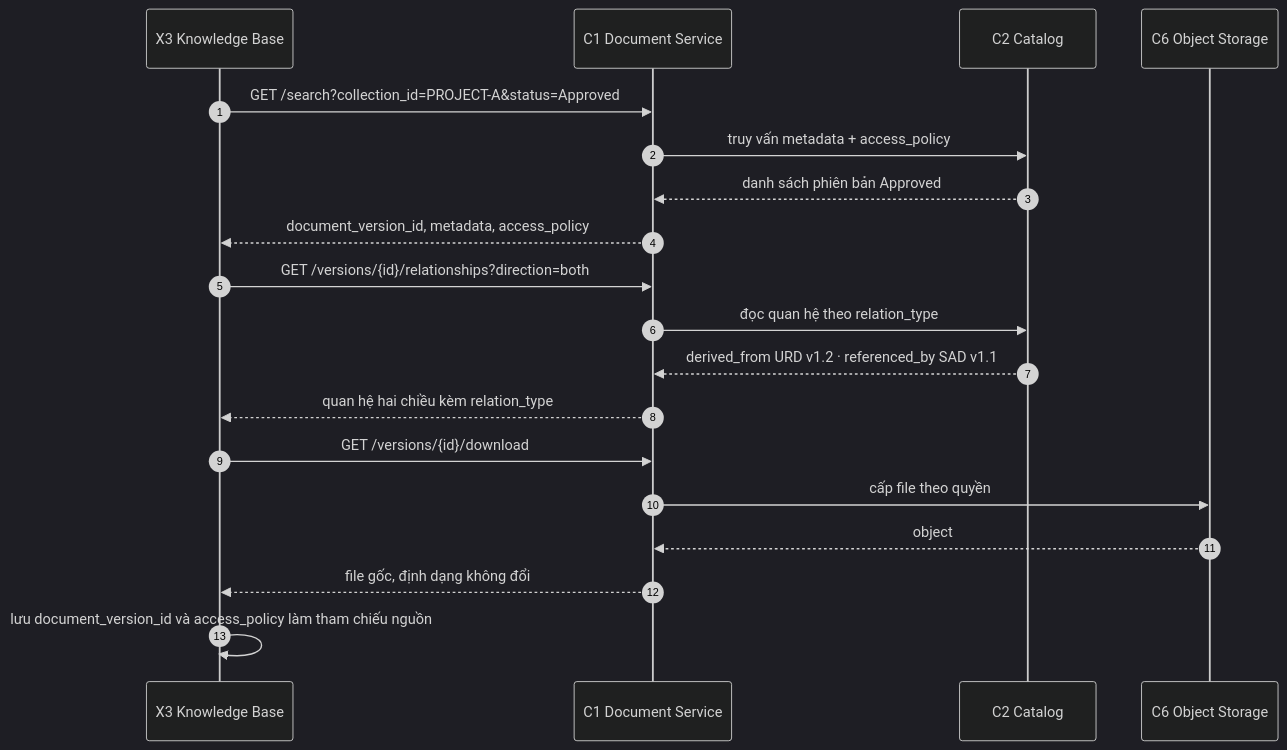
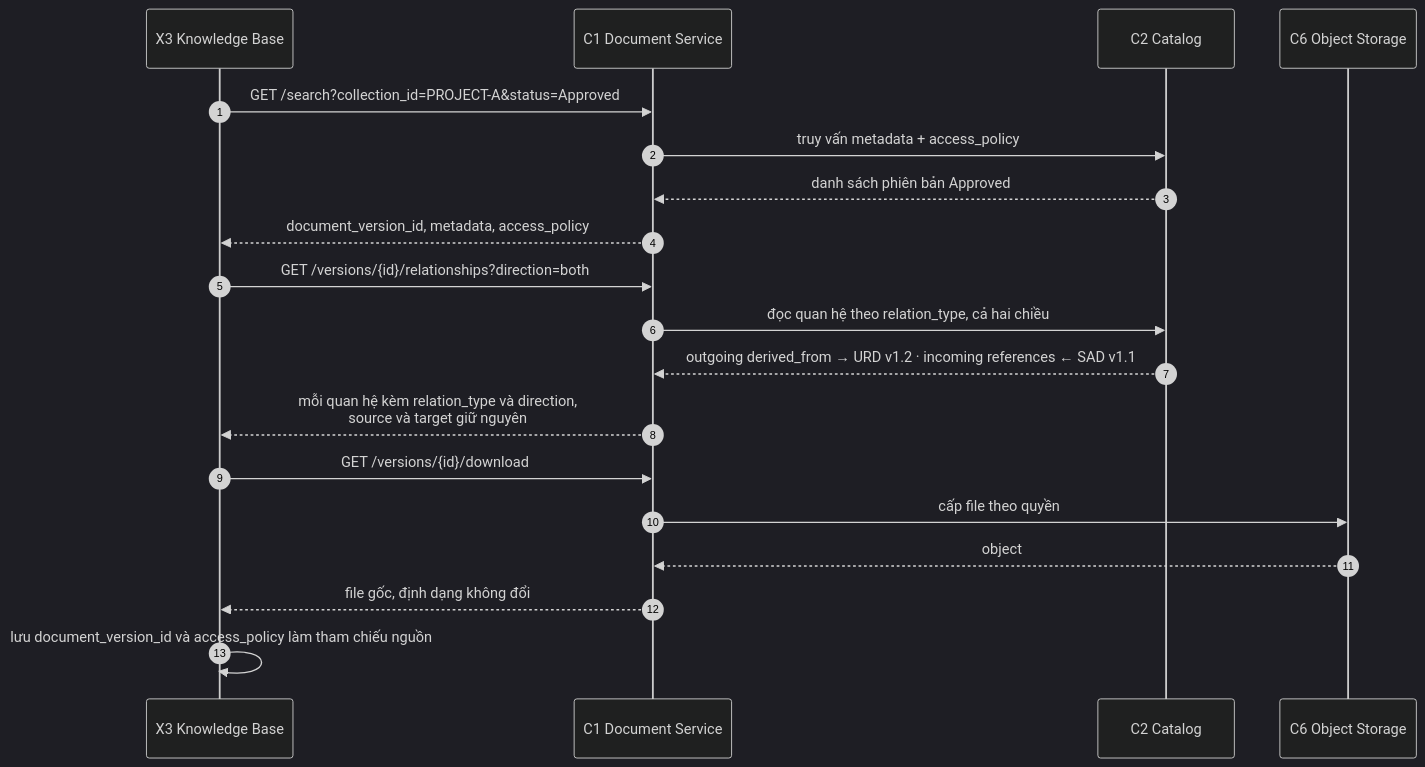
One commit to Phanlacan12/raw-storage changed the fourth of 8 diagrams in docs/c4-05-dynamic-views.md. Above: the diagram before and after it, drawn with Mermaid (dark theme). The commit also changed other lines of this file and 12 other files, not shown here.

````diff
--- a/docs/c4-05-dynamic-views.md
+++ b/docs/c4-05-dynamic-views.md
@@ -135,22 +149,22 @@
 ```mermaid
 sequenceDiagram
     autonumber
     participant KB as X3 Knowledge Base
     participant DS as C1 Document Service
     participant CAT as C2 Catalog
     participant S3 as C6 Object Storage
 
     KB->>DS: GET /search?collection_id=PROJECT-A&status=Approved
     DS->>CAT: truy vấn metadata + access_policy
     CAT-->>DS: danh sách phiên bản Approved
     DS-->>KB: document_version_id, metadata, access_policy
     KB->>DS: GET /versions/{id}/relationships?direction=both
-    DS->>CAT: đọc quan hệ theo relation_type
-    CAT-->>DS: derived_from URD v1.2 · referenced_by SAD v1.1
-    DS-->>KB: quan hệ hai chiều kèm relation_type
+    DS->>CAT: đọc quan hệ theo relation_type, cả hai chiều
+    CAT-->>DS: outgoing derived_from → URD v1.2 · incoming references ← SAD v1.1
+    DS-->>KB: mỗi quan hệ kèm relation_type và direction,<br/>source và target giữ nguyên
     KB->>DS: GET /versions/{id}/download
     DS->>S3: cấp file theo quyền
     S3-->>DS: object
     DS-->>KB: file gốc, định dạng không đổi
     KB->>KB: lưu document_version_id và access_policy làm tham chiếu nguồn
 ```
````
